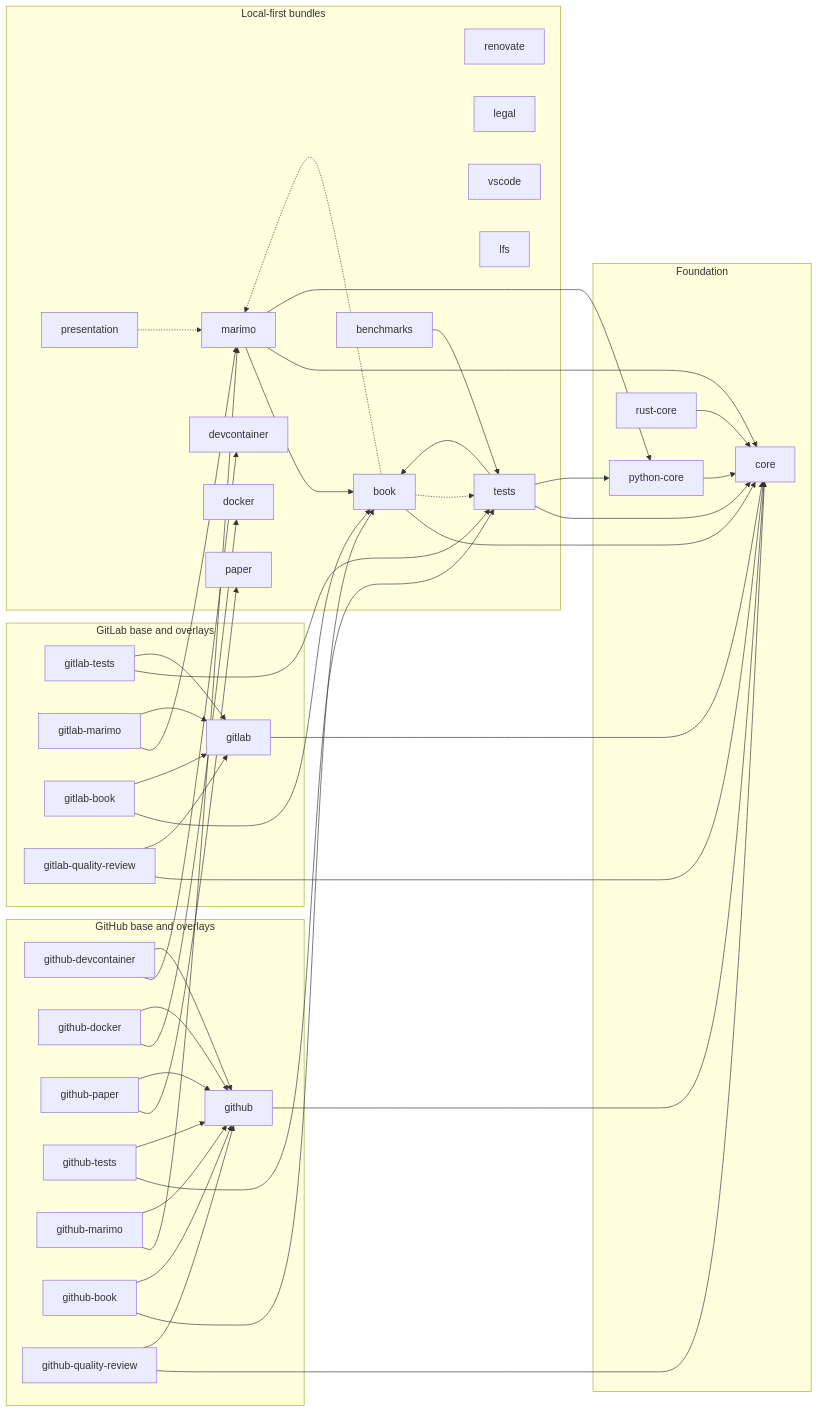
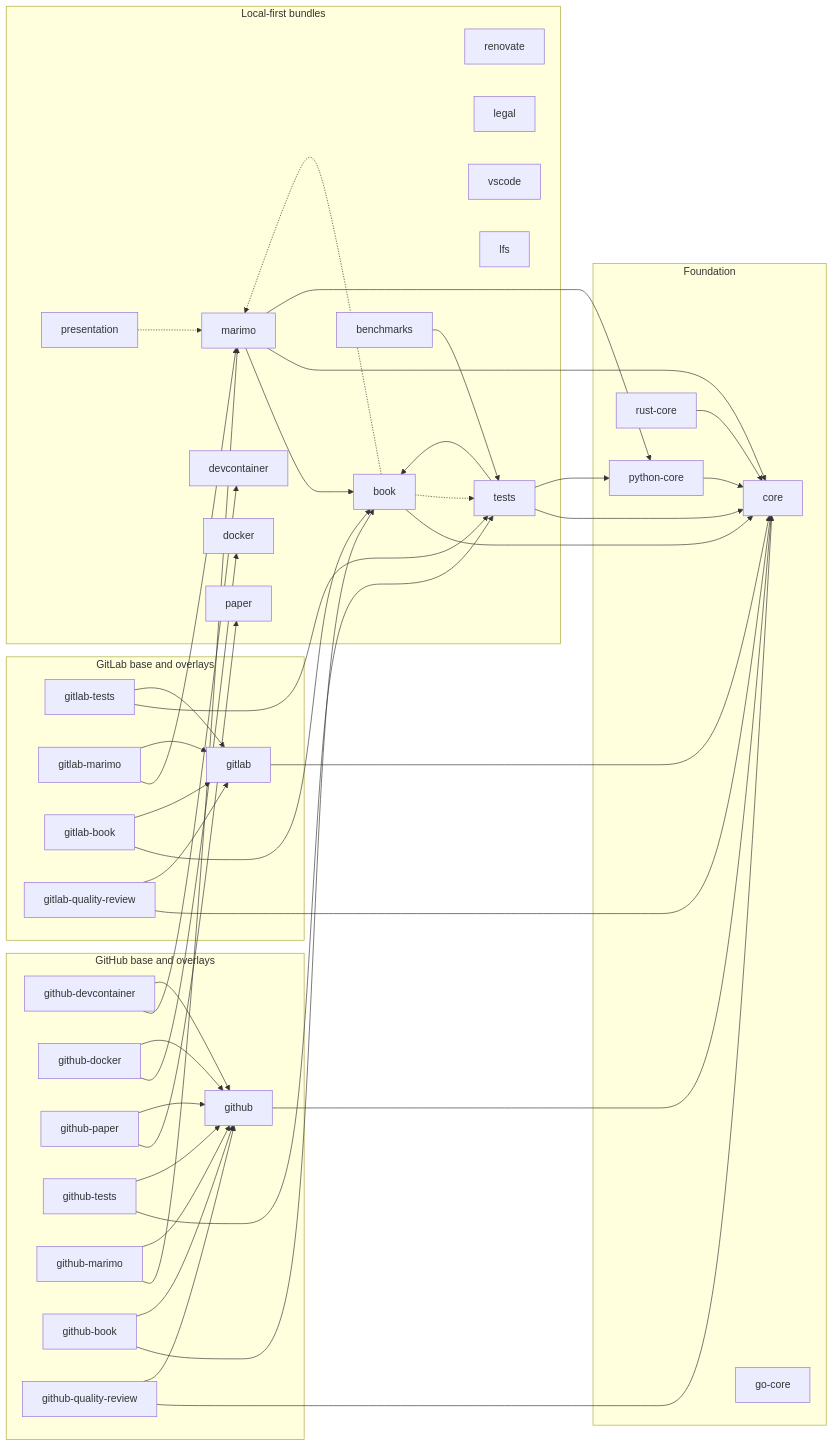
One commit to Jebel-Quant/rhiza changed the diagram in docs/reference/GLOSSARY.md. Above: the diagram before and after it, drawn with Mermaid. The commit also changed 13 other files, not shown here.

````diff
--- a/docs/reference/GLOSSARY.md
+++ b/docs/reference/GLOSSARY.md
@@ -42,80 +42,81 @@
 ```mermaid
 flowchart LR
     subgraph Foundation["Foundation"]
         core["core"]
         python_core["python-core"]
         rust_core["rust-core"]
+        go_core["go-core"]
     end
 
     subgraph Local["Local-first bundles"]
         renovate["renovate"]
         legal["legal"]
         devcontainer["devcontainer"]
         vscode["vscode"]
         docker["docker"]
         lfs["lfs"]
         presentation["presentation"]
         paper["paper"]
         book["book"]
         tests["tests"]
         benchmarks["benchmarks"]
         marimo["marimo"]
     end
 
     subgraph GitHub["GitHub base and overlays"]
         github["github"]
         github_devcontainer["github-devcontainer"]
         github_docker["github-docker"]
         github_paper["github-paper"]
         github_tests["github-tests"]
         github_marimo["github-marimo"]
         github_book["github-book"]
         github_quality_review["github-quality-review"]
     end
 
     subgraph GitLab["GitLab base and overlays"]
         gitlab["gitlab"]
         gitlab_tests["gitlab-tests"]
         gitlab_marimo["gitlab-marimo"]
         gitlab_book["gitlab-book"]
         gitlab_quality_review["gitlab-quality-review"]
     end
 
     python_core --> core
     rust_core --> core
     github --> core
     gitlab --> core
     book --> core
     tests --> book
     tests --> core
     tests --> python_core
     benchmarks --> tests
     marimo --> book
     marimo --> core
     marimo --> python_core
     github_devcontainer --> devcontainer
     github_devcontainer --> github
     github_docker --> docker
     github_docker --> github
     github_paper --> paper
     github_paper --> github
     github_tests --> tests
     github_tests --> github
     github_marimo --> marimo
     github_marimo --> github
     github_book --> book
     github_book --> github
     github_quality_review --> core
     github_quality_review --> github
     gitlab_tests --> tests
     gitlab_tests --> gitlab
     gitlab_marimo --> marimo
     gitlab_marimo --> gitlab
     gitlab_book --> book
     gitlab_book --> gitlab
     gitlab_quality_review --> core
     gitlab_quality_review --> gitlab
     presentation -.-> marimo
     book -.-> tests
     book -.-> marimo
 ```
````
